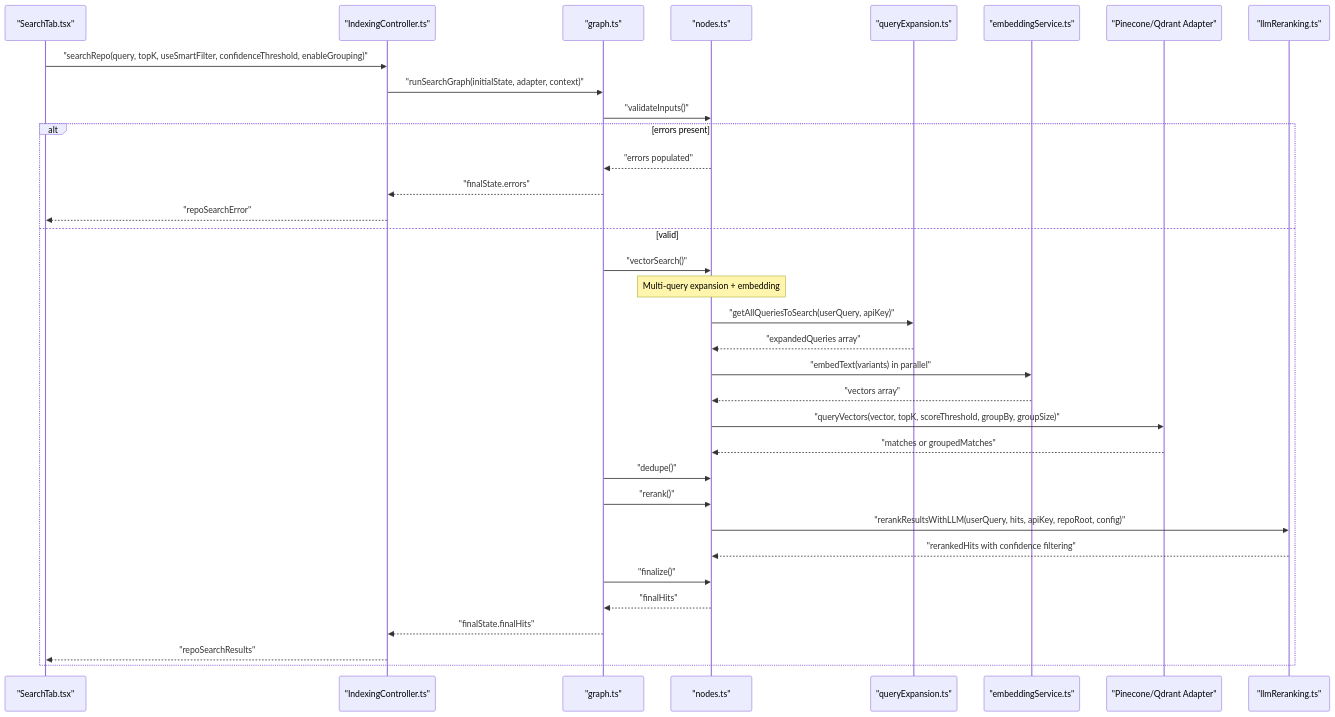
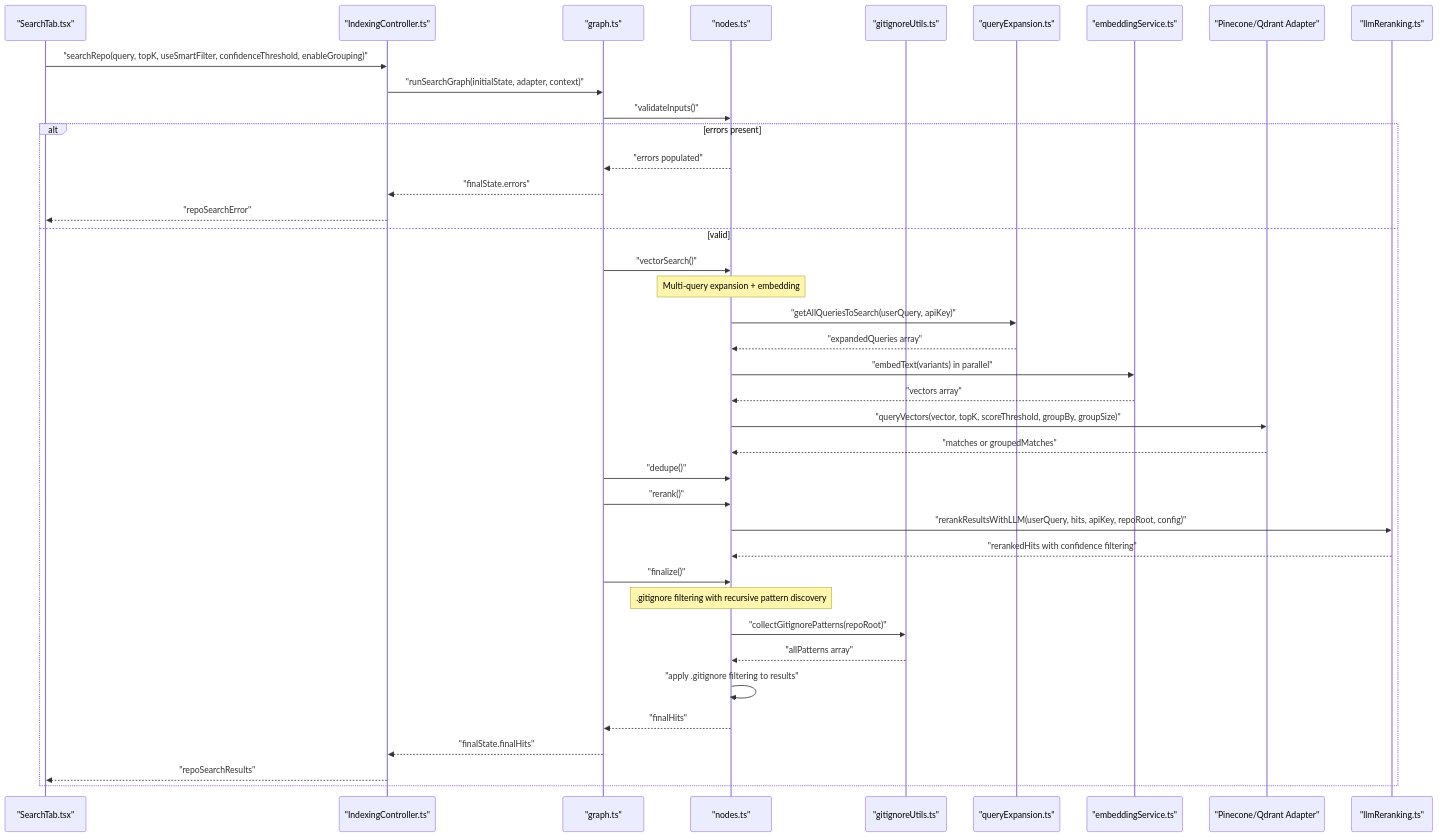
The second of 7 diagrams in .qoder/repowiki/en/content/Indexing and Search System/Semantic Search Algorithms.md (bramburn/repomix-runner), drawn with Mermaid before and after one commit. The commit also changed other lines of this file and 41 other files, not shown here.

````diff
--- a/.qoder/repowiki/en/content/Indexing and Search System/Semantic Search Algorithms.md
+++ b/.qoder/repowiki/en/content/Indexing and Search System/Semantic Search Algorithms.md
@@ -137,36 +155,41 @@
 ```mermaid
 sequenceDiagram
 participant UI as "SearchTab.tsx"
 participant Ctrl as "IndexingController.ts"
 participant Graph as "graph.ts"
 participant Nodes as "nodes.ts"
+participant GI as "gitignoreUtils.ts"
 participant QE as "queryExpansion.ts"
 participant Emb as "embeddingService.ts"
 participant VDB as "Pinecone/Qdrant Adapter"
 participant LLM as "llmReranking.ts"
 UI->>Ctrl : "searchRepo(query, topK, useSmartFilter, confidenceThreshold, enableGrouping)"
 Ctrl->>Graph : "runSearchGraph(initialState, adapter, context)"
 Graph->>Nodes : "validateInputs()"
 alt errors present
 Nodes-->>Graph : "errors populated"
 Graph-->>Ctrl : "finalState.errors"
 Ctrl-->>UI : "repoSearchError"
 else valid
 Graph->>Nodes : "vectorSearch()"
 Note over Nodes : Multi-query expansion + embedding
 Nodes->>QE : "getAllQueriesToSearch(userQuery, apiKey)"
 QE-->>Nodes : "expandedQueries array"
 Nodes->>Emb : "embedText(variants) in parallel"
 Emb-->>Nodes : "vectors array"
 Nodes->>VDB : "queryVectors(vector, topK, scoreThreshold, groupBy, groupSize)"
 VDB-->>Nodes : "matches or groupedMatches"
 Graph->>Nodes : "dedupe()"
 Graph->>Nodes : "rerank()"
 Nodes->>LLM : "rerankResultsWithLLM(userQuery, hits, apiKey, repoRoot, config)"
 LLM-->>Nodes : "rerankedHits with confidence filtering"
 Graph->>Nodes : "finalize()"
+Note over Nodes : .gitignore filtering with recursive pattern discovery
+Nodes->>GI : "collectGitignorePatterns(repoRoot)"
+GI-->>Nodes : "allPatterns array"
+Nodes->>Nodes : "apply .gitignore filtering to results"
 Nodes-->>Graph : "finalHits"
 Graph-->>Ctrl : "finalState.finalHits"
 Ctrl-->>UI : "repoSearchResults"
 end
 ```
````
